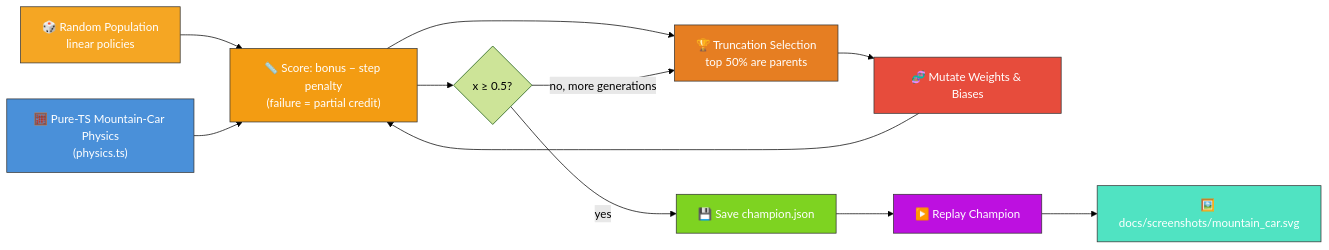
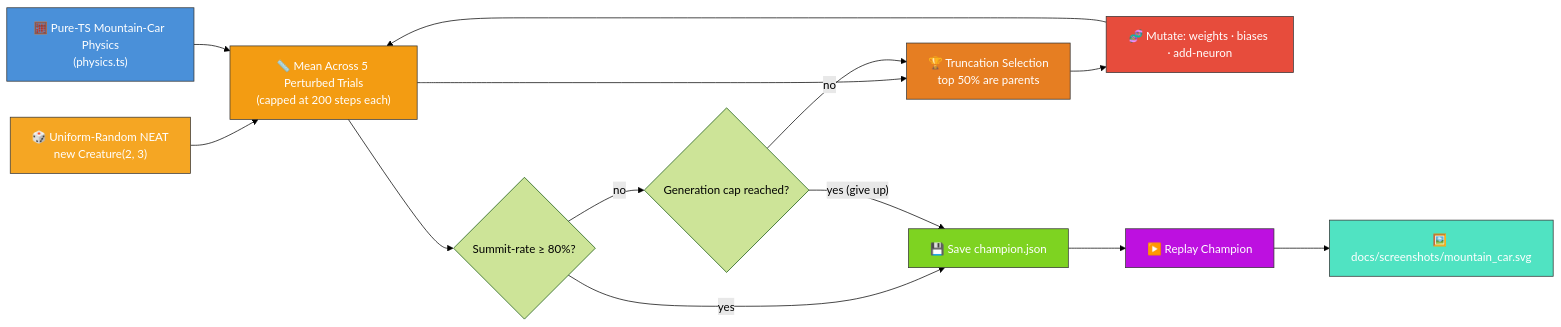
The diagram in mountain_car/README.md (stSoftwareAU/NEAT-AI-Examples), drawn with Mermaid (forest theme) before and after one commit. The commit also changed other lines of this file and 9 other files, not shown here.

First line of the commit message:
mountain_car: evolve from uniform-random NEAT noise (#154)

````diff
--- a/mountain_car/README.md
+++ b/mountain_car/README.md
@@ -16,32 +19,35 @@
 ```mermaid
 flowchart LR
     PHYS["🧮 Pure-TS Mountain-Car Physics<br/>(physics.ts)"]
-    INIT["🎲 Random Population<br/>linear policies"]
-    SCORE["📏 Score: bonus − step penalty<br/>(failure = partial credit)"]
+    INIT["🎲 Uniform-Random NEAT<br/>new Creature(2, 3)"]
+    SCORE["📏 Mean Across 5 Perturbed Trials<br/>(capped at 200 steps each)"]
     SELECT["🏆 Truncation Selection<br/>top 50% are parents"]
-    MUTATE["🧬 Mutate Weights & Biases"]
-    SOLVED{"x ≥ 0.5?"}
+    MUTATE["🧬 Mutate: weights · biases · add-neuron"]
+    SOLVED{"Summit-rate ≥ 80%?"}
+    CAP{"Generation cap reached?"}
     CHAMP["💾 Save champion.json"]
     RUN["▶️ Replay Champion"]
     SVG["🖼️ docs/screenshots/mountain_car.svg"]
 
     INIT --> SCORE
     PHYS --> SCORE
     SCORE --> SELECT
     SELECT --> MUTATE
     MUTATE --> SCORE
     SCORE --> SOLVED
     SOLVED -- yes --> CHAMP
-    SOLVED -- no, more generations --> SELECT
+    SOLVED -- no --> CAP
+    CAP -- no --> SELECT
+    CAP -- yes (give up) --> CHAMP
     CHAMP --> RUN
     RUN --> SVG
 
     style PHYS fill:#4a90d9,stroke:#333,color:#fff
     style INIT fill:#f5a623,stroke:#333,color:#fff
     style SCORE fill:#f39c12,stroke:#333,color:#fff
     style SELECT fill:#e67e22,stroke:#333,color:#fff
     style MUTATE fill:#e74c3c,stroke:#333,color:#fff
     style CHAMP fill:#7ed321,stroke:#333,color:#fff
     style RUN fill:#bd10e0,stroke:#333,color:#fff
     style SVG fill:#50e3c2,stroke:#333,color:#fff
 ```
````
